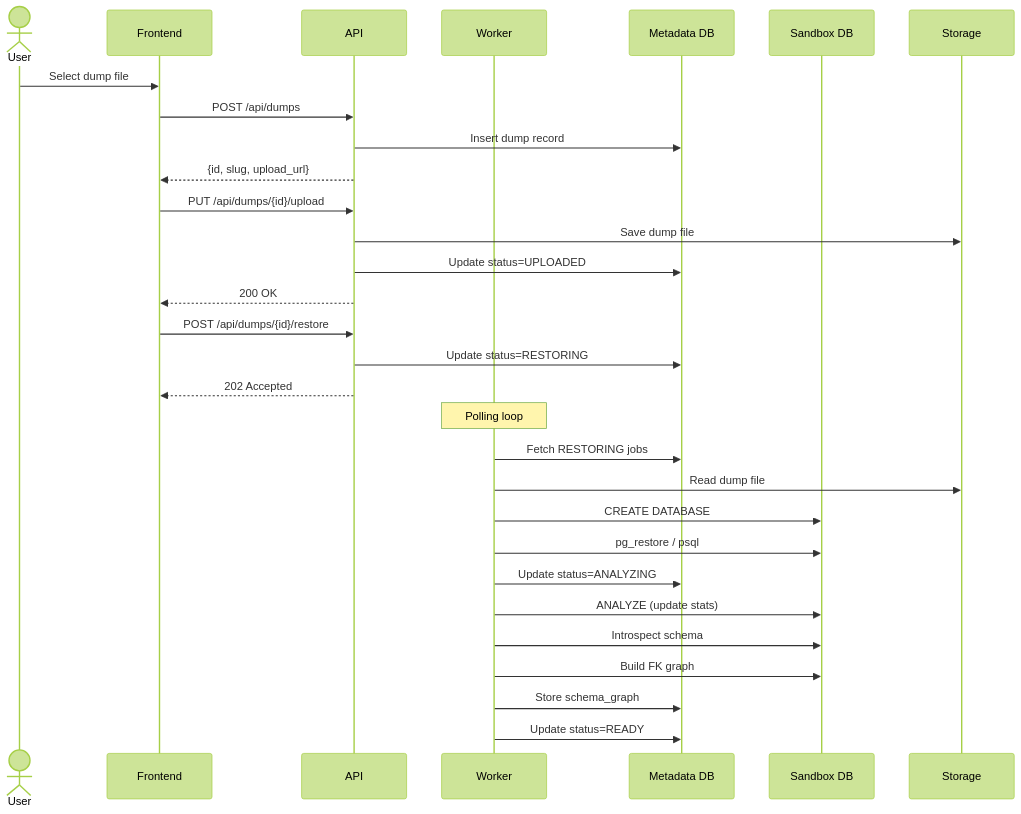
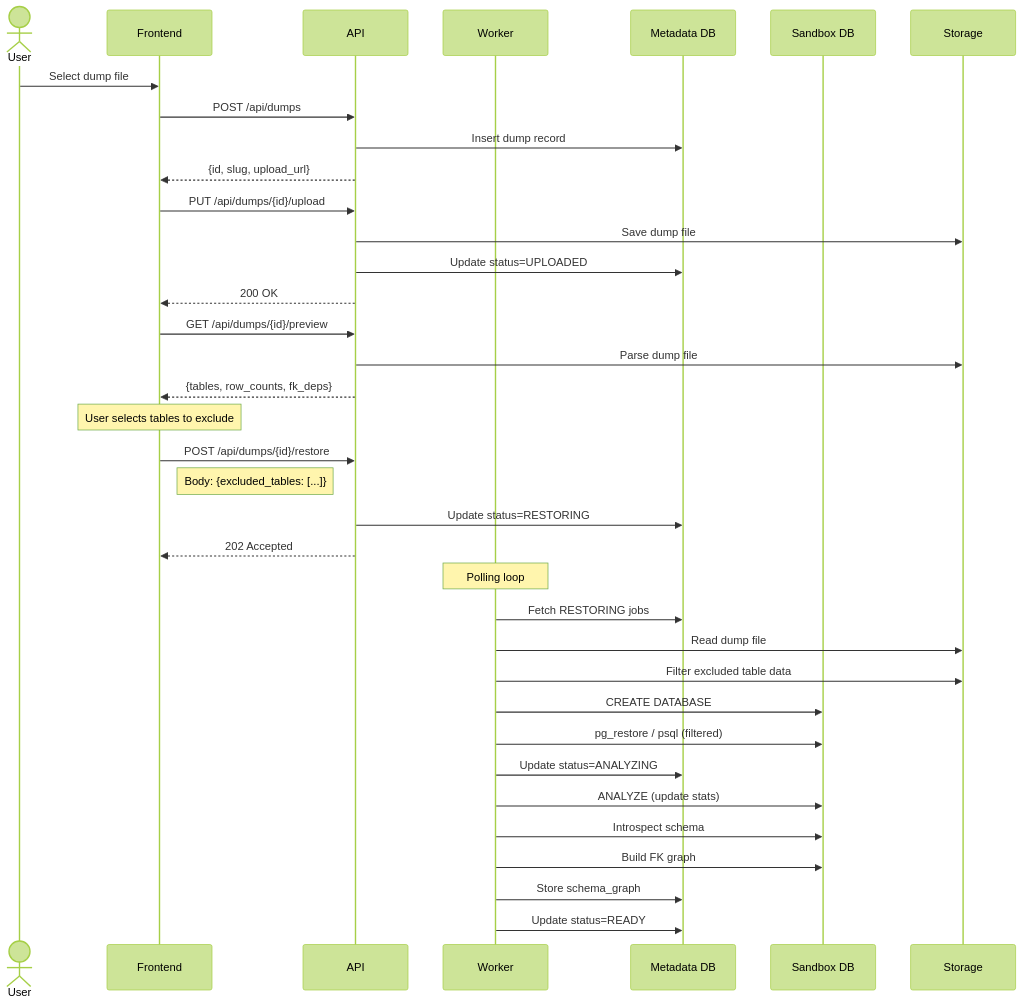
One commit to pkaiy81/PgDumpLens changed the fourth of 12 diagrams in docs/architecture.md. Above: the diagram before and after it, drawn with Mermaid (forest theme). The commit also changed other lines of this file and 14 other files, not shown here.

Commit message:
exclude specific table when pg_restore.

````diff
--- a/docs/architecture.md
+++ b/docs/architecture.md
@@ -116,37 +116,45 @@
 ```mermaid
 sequenceDiagram
     actor User
     participant Frontend
     participant API
     participant Worker
     participant MetaDB as Metadata DB
     participant SandboxDB as Sandbox DB
     participant Storage
 
     User->>Frontend: Select dump file
     Frontend->>API: POST /api/dumps
     API->>MetaDB: Insert dump record
     API-->>Frontend: {id, slug, upload_url}
     
     Frontend->>API: PUT /api/dumps/{id}/upload
     API->>Storage: Save dump file
     API->>MetaDB: Update status=UPLOADED
     API-->>Frontend: 200 OK
     
+    Frontend->>API: GET /api/dumps/{id}/preview
+    API->>Storage: Parse dump file
+    API-->>Frontend: {tables, row_counts, fk_deps}
+    
+    Note over Frontend: User selects tables to exclude
+    
     Frontend->>API: POST /api/dumps/{id}/restore
+    Note right of Frontend: Body: {excluded_tables: [...]}
     API->>MetaDB: Update status=RESTORING
     API-->>Frontend: 202 Accepted
     
     Note over Worker: Polling loop
     Worker->>MetaDB: Fetch RESTORING jobs
     Worker->>Storage: Read dump file
+    Worker->>Storage: Filter excluded table data
     Worker->>SandboxDB: CREATE DATABASE
-    Worker->>SandboxDB: pg_restore / psql
+    Worker->>SandboxDB: pg_restore / psql (filtered)
     Worker->>MetaDB: Update status=ANALYZING
     
     Worker->>SandboxDB: ANALYZE (update stats)
     Worker->>SandboxDB: Introspect schema
     Worker->>SandboxDB: Build FK graph
     Worker->>MetaDB: Store schema_graph
     Worker->>MetaDB: Update status=READY
 ```
````
